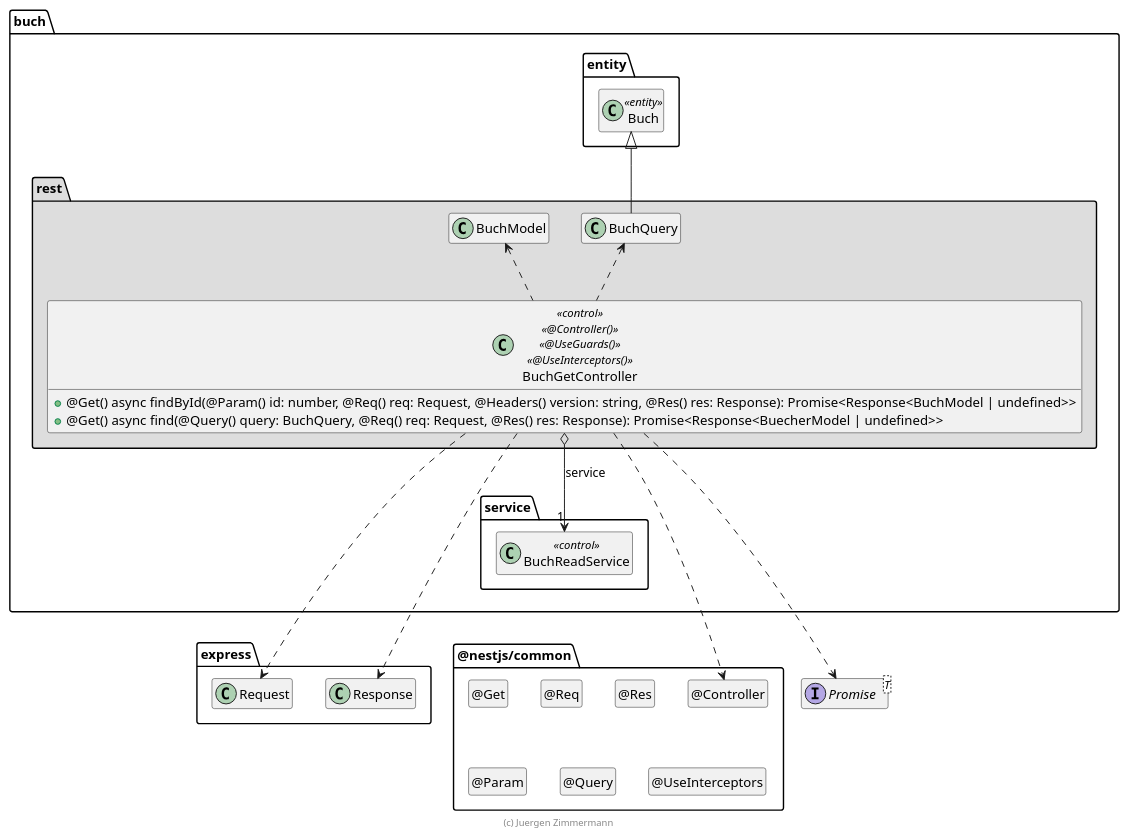
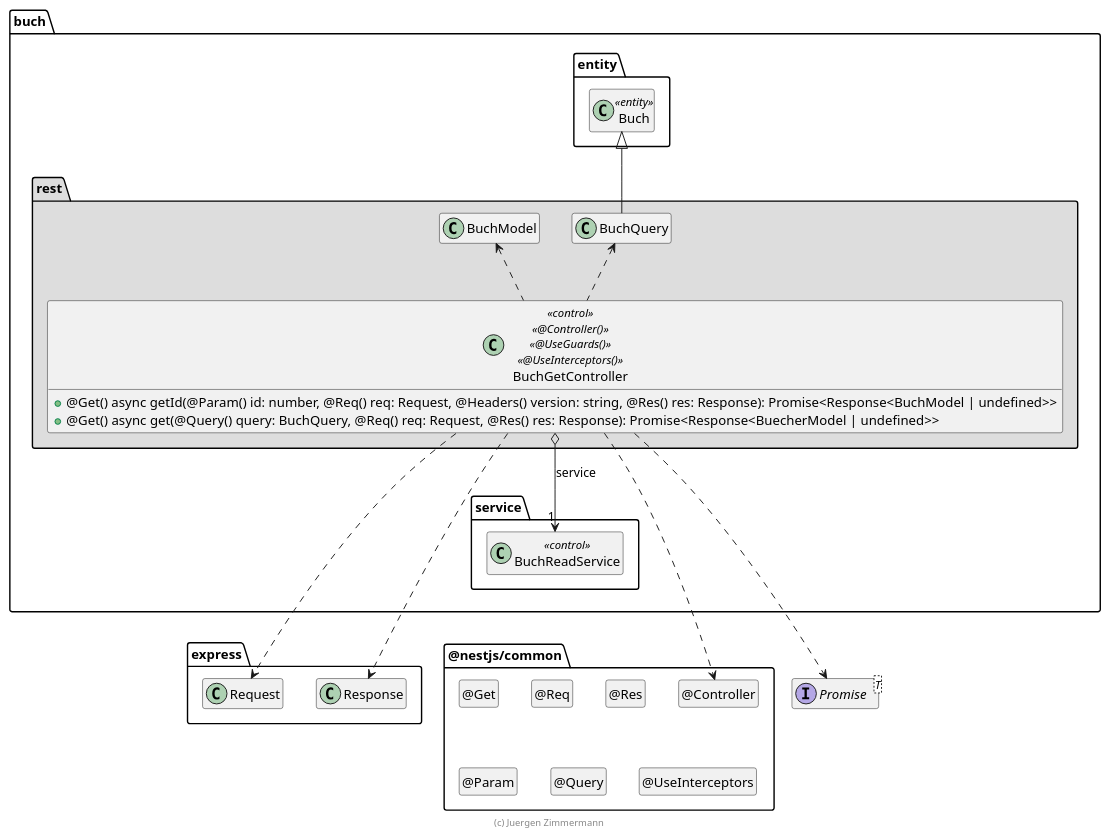
One commit to danielptv/buch changed the diagram in .extras/doc/entwicklerhandbuch/BuchGetController.plantuml. Above: the diagram before and after it, drawn with PlantUML. The commit also changed 3 other files, not shown here.

```diff
--- a/.extras/doc/entwicklerhandbuch/BuchGetController.plantuml
+++ b/.extras/doc/entwicklerhandbuch/BuchGetController.plantuml
@@ -18,74 +18,74 @@
 @startuml Controller-Klasse
 
 interface Promise<T>
 
 package @nestjs/common {
   class "@Controller" as Controller
   hide Controller circle
 
   class "@Get" as Get
   hide Get circle
 
   class "@Req" as Req
   hide Req circle
 
   class "@Res" as Res
   hide Res circle
 
   class "@Param" as Param
   hide Param circle
 
   class "@Query" as Query
   hide Query circle
 
   class "@UseInterceptors" as UseInterceptors
   hide UseInterceptors circle
 }
 
 package express {
   class Request
   class Response
 
   Response .[hidden].> Controller
 }
 
 package buch {
   package entity #FFFFFF {
     class Buch <<entity>>
 
     Buch .[hidden].> Promise
     Buch .[hidden].> Request
   }
 
   package service {
     class BuchReadService << control >>
   }
 
   package rest #DDDDDD {
     BuchQuery -up-|> Buch
 
     class BuchGetController << control >> << @Controller() >> << @UseGuards() >> << @UseInterceptors() >> {
-      + @Get() async findById(@Param() id: number, @Req() req: Request, @Headers() version: string, @Res() res: Response): Promise<Response<BuchModel | undefined>>
-      + @Get() async find(@Query() query: BuchQuery, @Req() req: Request,  @Res() res: Response): Promise<Response<BuecherModel | undefined>>
+      + @Get() async getId(@Param() id: number, @Req() req: Request, @Headers() version: string, @Res() res: Response): Promise<Response<BuchModel | undefined>>
+      + @Get() async get(@Query() query: BuchQuery, @Req() req: Request,  @Res() res: Response): Promise<Response<BuecherModel | undefined>>
     }
 
     BuchGetController o--> "1" BuchReadService : service
 
     BuchGetController ..> Controller
     BuchGetController ..> Request
     BuchGetController ..> Response
     BuchGetController ..> Promise
     BuchGetController .up.> BuchModel
     BuchGetController .up.> BuchQuery
 
     BuchReadService .[hidden].> Request
     BuchReadService .[hidden].> Promise
     Response .right[hidden].> Controller
   }
 }
 
 hide empty members
 
 footer (c) Juergen Zimmermann
 
 @enduml
```
